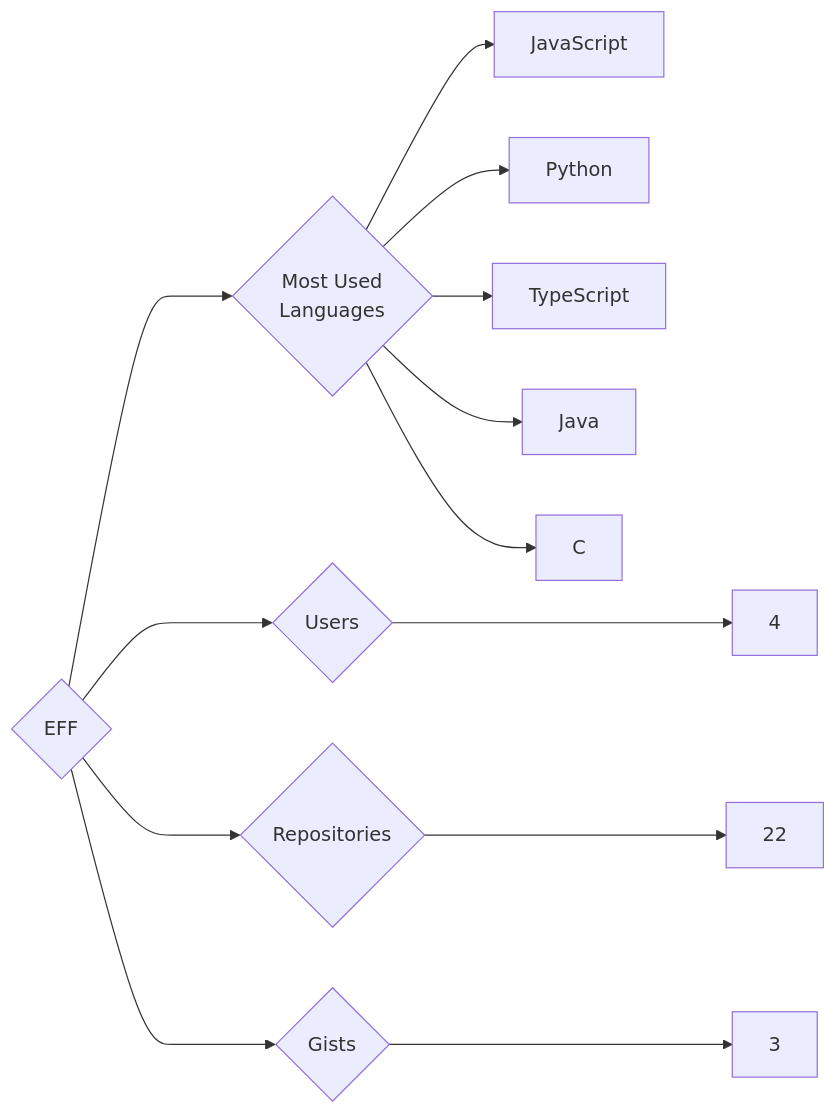
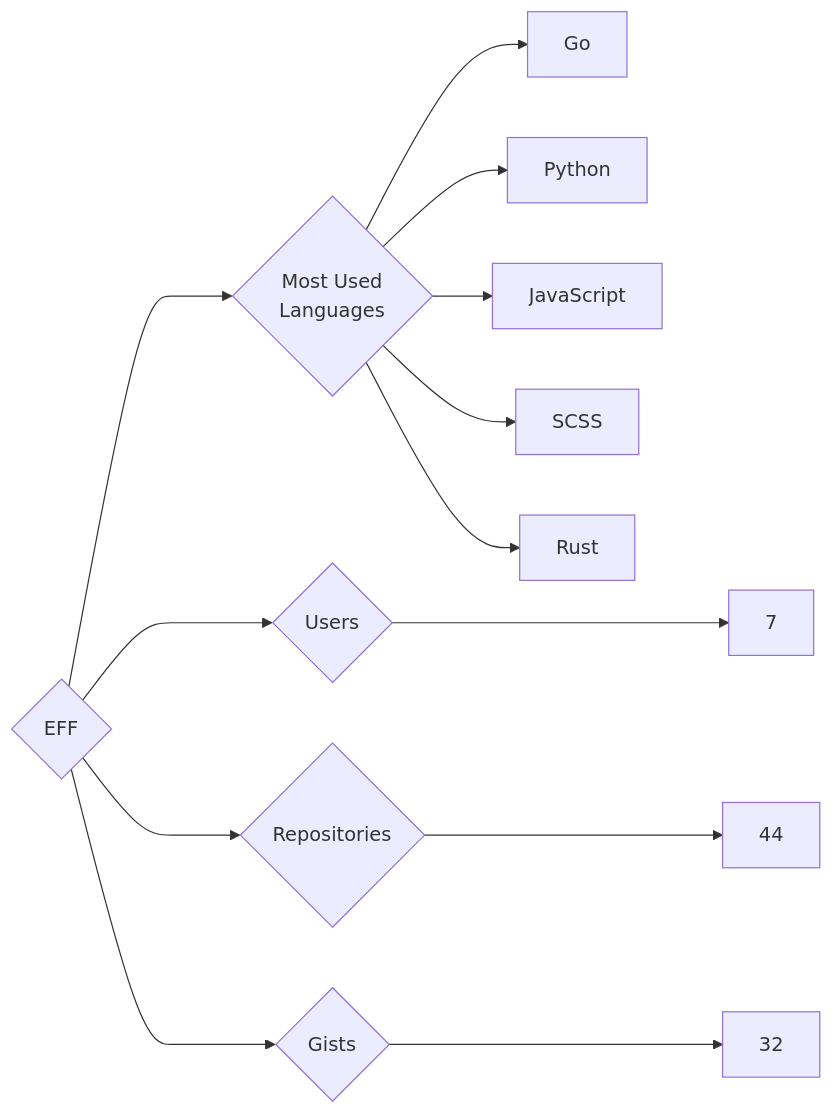
Before and after one commit to trickest/insiders: the diagram in targets/EFF/README.md, drawn with Mermaid. The commit also changed 997 other files, not shown here.

````diff
--- a/targets/EFF/README.md
+++ b/targets/EFF/README.md
@@ -3,13 +3,13 @@
 ```mermaid
 graph LR
 COMPANY_NAME{EFF}
-COMPANY_NAME ---> U{Users} ---> UN[4]
-COMPANY_NAME ---> R{Repositories} ---> RN[22]
-COMPANY_NAME ---> G{Gists} ---> GN[3]
+COMPANY_NAME ---> U{Users} ---> UN[7]
+COMPANY_NAME ---> R{Repositories} ---> RN[44]
+COMPANY_NAME ---> G{Gists} ---> GN[32]
 COMPANY_NAME ---> ML{Most Used<br>Languages}
+ML --> Go[Go]
+ML --> Python[Python]
 ML --> JavaScript[JavaScript]
-ML --> Python[Python]
-ML --> TypeScript[TypeScript]
-ML --> Java[Java]
-ML --> C[C]
+ML --> SCSS[SCSS]
+ML --> Rust[Rust]
 ```
````
